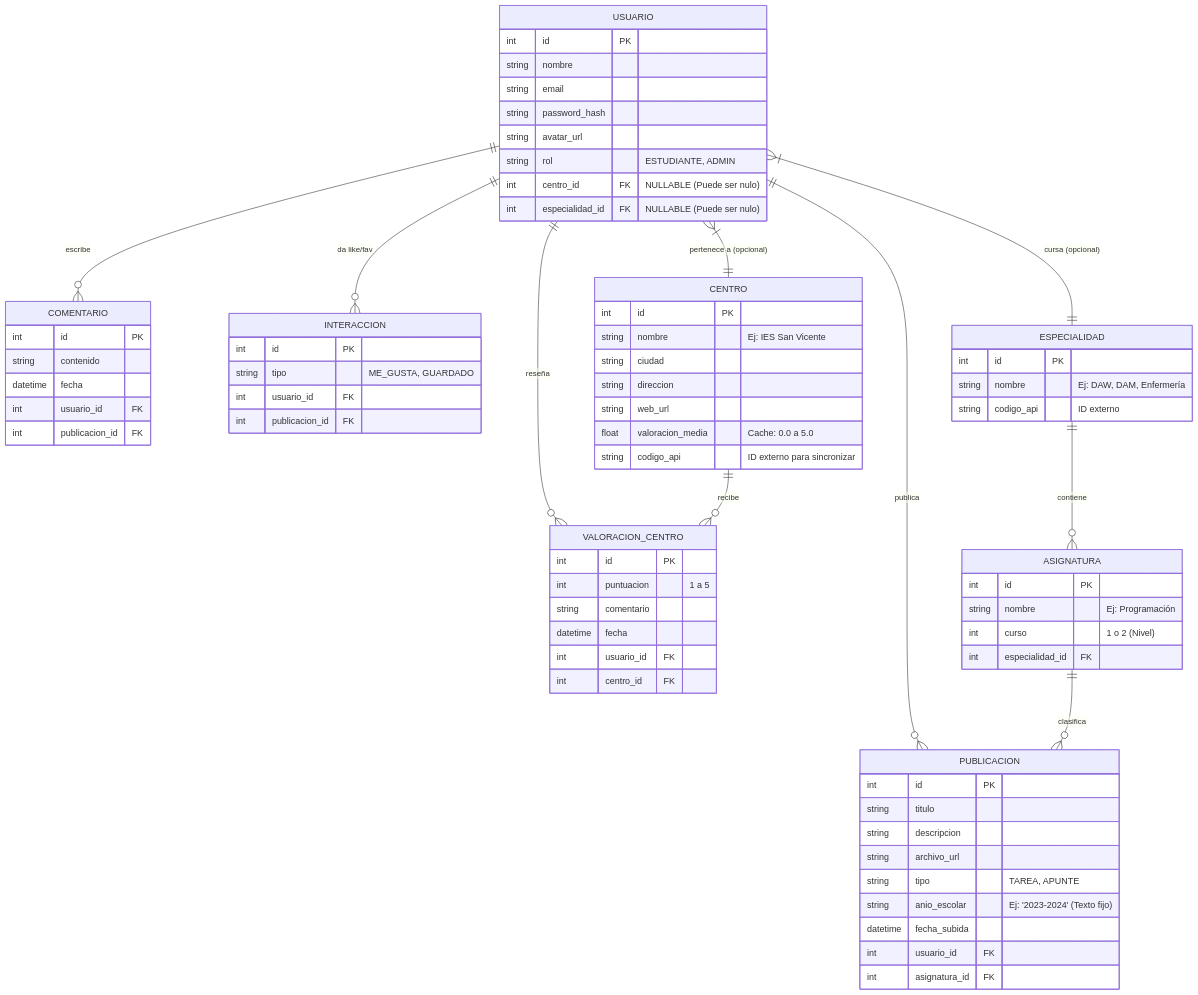
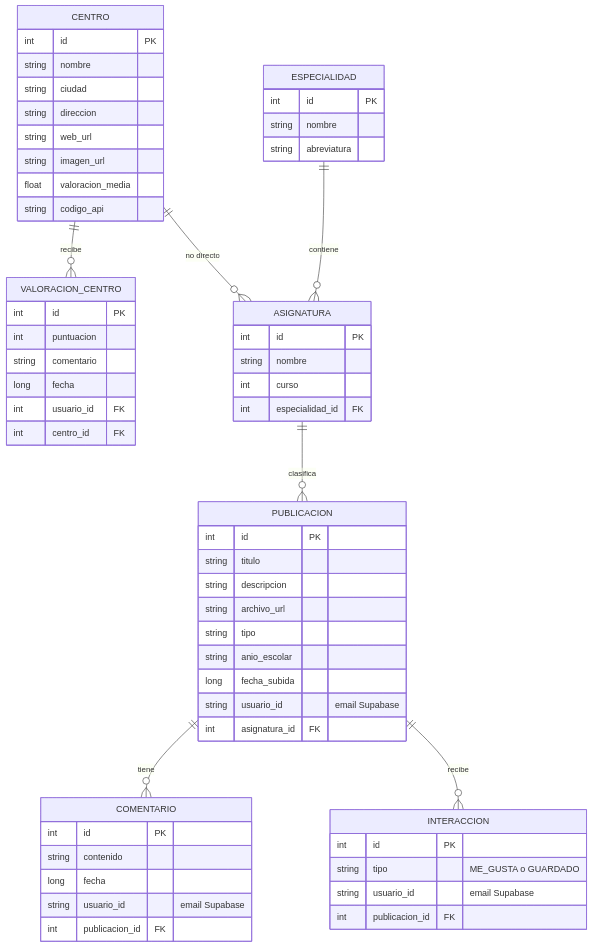
The diagram in README.md (Antoniomba23/PROYECTO-FINAL-ANDROID-SEGUNDO-DAM), drawn with Mermaid before and after one commit. The commit also changed other lines of this file and 44 other files, not shown here.

````diff
--- a/README.md
+++ b/README.md
@@ -82,87 +99,69 @@
 ```mermaid
 erDiagram
-    USUARIO ||--o{ PUBLICACION : "publica"
-    USUARIO ||--o{ COMENTARIO : "escribe"
-    USUARIO ||--o{ INTERACCION : "da like/fav"
-    USUARIO ||--o{ VALORACION_CENTRO : "reseña"
-    
-    USUARIO }|--|| CENTRO : "pertenece a (opcional)"
-    USUARIO }|--|| ESPECIALIDAD : "cursa (opcional)"
-
     CENTRO ||--o{ VALORACION_CENTRO : "recibe"
+    CENTRO ||--o{ ASIGNATURA : "no directo"
     ESPECIALIDAD ||--o{ ASIGNATURA : "contiene"
     ASIGNATURA ||--o{ PUBLICACION : "clasifica"
-
-    %% --- TABLAS DE USUARIOS Y CENTROS ---
-    USUARIO {
-        int id PK
-        string nombre
-        string email
-        string password_hash
-        string avatar_url
-        string rol "ESTUDIANTE, ADMIN"
-        int centro_id FK "NULLABLE (Puede ser nulo)"
-        int especialidad_id FK "NULLABLE (Puede ser nulo)"
-    }
+    PUBLICACION ||--o{ COMENTARIO : "tiene"
+    PUBLICACION ||--o{ INTERACCION : "recibe"
 
     CENTRO {
         int id PK
-        string nombre "Ej: IES San Vicente"
+        string nombre
         string ciudad
         string direccion
         string web_url
-        float valoracion_media "Cache: 0.0 a 5.0"
-        string codigo_api "ID externo para sincronizar"
+        string imagen_url
+        float valoracion_media
+        string codigo_api
     }
 
-    VALORACION_CENTRO {
-        int id PK
-        int puntuacion "1 a 5"
-        string comentario
-        datetime fecha
-        int usuario_id FK
-        int centro_id FK
-    }
-
-    %% --- TABLAS ACADÉMICAS (CATÁLOGOS) ---
     ESPECIALIDAD {
         int id PK
-        string nombre "Ej: DAW, DAM, Enfermería"
-        string codigo_api "ID externo"
+        string nombre
+        string abreviatura
     }
 
     ASIGNATURA {
         int id PK
-        string nombre "Ej: Programación"
-        int curso "1 o 2 (Nivel)"
+        string nombre
+        int curso
         int especialidad_id FK
     }
 
-    %% --- TABLAS DE CONTENIDO ---
     PUBLICACION {
         int id PK
         string titulo
         string descripcion
         string archivo_url
-        string tipo "TAREA, APUNTE"
-        string anio_escolar "Ej: '2023-2024' (Texto fijo)"
-        datetime fecha_subida
-        int usuario_id FK
+        string tipo
+        string anio_escolar
+        long fecha_subida
+        string usuario_id "email Supabase"
         int asignatura_id FK
     }
 
     COMENTARIO {
         int id PK
         string contenido
-        datetime fecha
-        int usuario_id FK
+        long fecha
+        string usuario_id "email Supabase"
         int publicacion_id FK
     }
 
     INTERACCION {
         int id PK
-        string tipo "ME_GUSTA, GUARDADO"
-        int usuario_id FK
+        string tipo "ME_GUSTA o GUARDADO"
+        string usuario_id "email Supabase"
         int publicacion_id FK
     }
+
+    VALORACION_CENTRO {
+        int id PK
+        int puntuacion
+        string comentario
+        long fecha
+        int usuario_id FK
+        int centro_id FK
+    }
 ```
````
